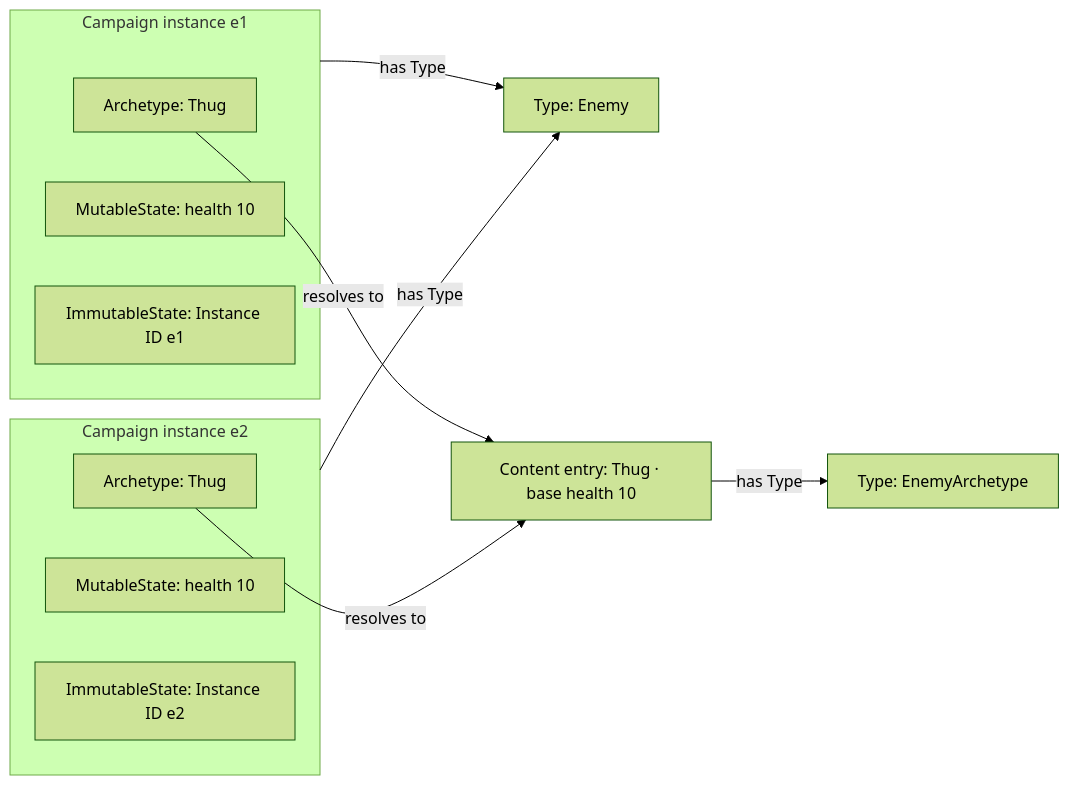
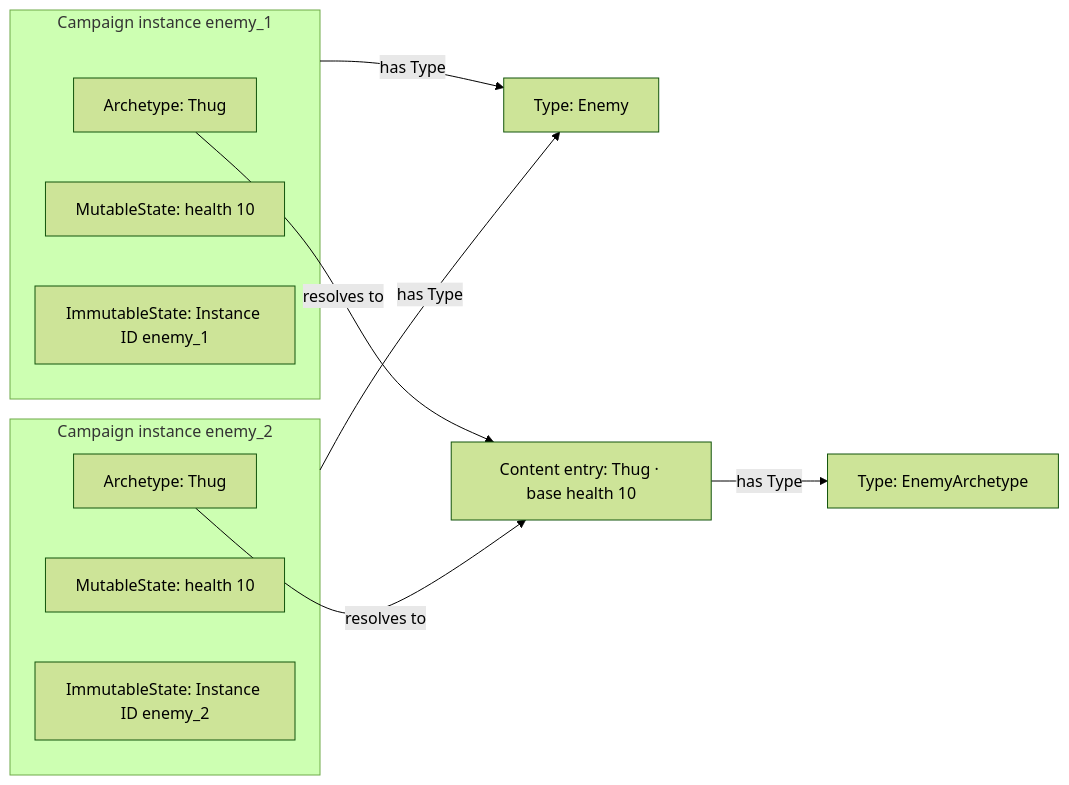
Before and after one commit to konrad-jamrozik/game-v5: the second of 3 diagrams in docs/specs/foundation/modeling-foundations.md, drawn with Mermaid (forest theme). The commit also changed other lines of this file and 8 other files, not shown here.

````diff
--- a/docs/specs/foundation/modeling-foundations.md
+++ b/docs/specs/foundation/modeling-foundations.md
@@ -158,21 +159,21 @@
 ```mermaid
 flowchart LR
-    ET["Type: Enemy"]
-    AT["Type: EnemyArchetype"]
-    T["Content entry: Thug · base health 10"]
-    T -->|has Type| AT
-    subgraph E1["Campaign instance e1"]
-        A1["Archetype: Thug"]
-        M1["MutableState: health 10"]
-        F1["ImmutableState: Instance ID e1"]
+    enemy_type["Type: Enemy"]
+    enemy_archetype_type["Type: EnemyArchetype"]
+    thug_content_entry["Content entry: Thug · base health 10"]
+    thug_content_entry -->|has Type| enemy_archetype_type
+    subgraph enemy_1["Campaign instance enemy_1"]
+        enemy_1_archetype["Archetype: Thug"]
+        enemy_1_mutable_state["MutableState: health 10"]
+        enemy_1_immutable_state["ImmutableState: Instance ID enemy_1"]
     end
-    subgraph E2["Campaign instance e2"]
-        A2["Archetype: Thug"]
-        M2["MutableState: health 10"]
-        F2["ImmutableState: Instance ID e2"]
+    subgraph enemy_2["Campaign instance enemy_2"]
+        enemy_2_archetype["Archetype: Thug"]
+        enemy_2_mutable_state["MutableState: health 10"]
+        enemy_2_immutable_state["ImmutableState: Instance ID enemy_2"]
     end
-    E1 -->|has Type| ET
-    E2 -->|has Type| ET
-    A1 -->|resolves to| T
-    A2 -->|resolves to| T
+    enemy_1 -->|has Type| enemy_type
+    enemy_2 -->|has Type| enemy_type
+    enemy_1_archetype -->|resolves to| thug_content_entry
+    enemy_2_archetype -->|resolves to| thug_content_entry
 ```
````
